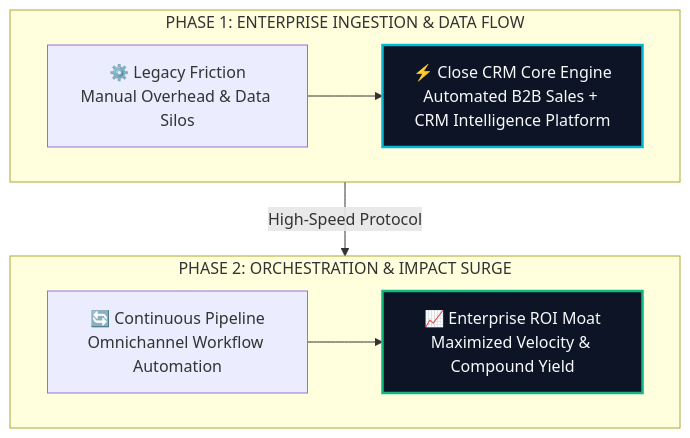
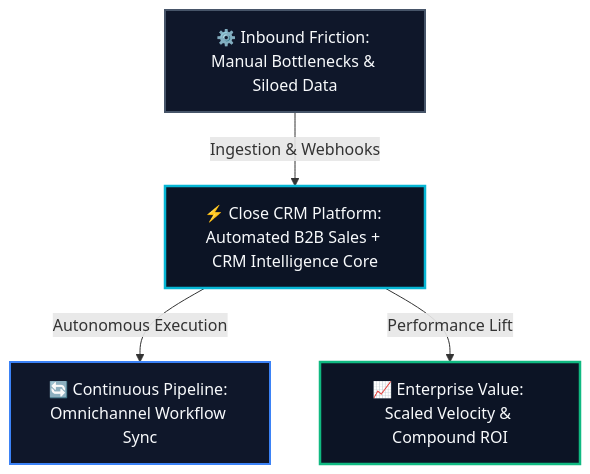
The diagram in site/src/content/blog/close-crm-evolution-guide-2026.md (heliatech-media/saas-radar), drawn with Mermaid before and after one commit. The commit also changed 93 other files, not shown here.

First line of the commit message:
fix(diagrams): resolve dagre-d3 subgraph collision by migrating to balanced 3-tier Hub & Spoke architecture

````diff
--- a/site/src/content/blog/close-crm-evolution-guide-2026.md
+++ b/site/src/content/blog/close-crm-evolution-guide-2026.md
@@ -49,14 +49,14 @@
 ```mermaid
 flowchart TD
-    subgraph S1["PHASE 1: ENTERPRISE INGESTION & DATA FLOW"]
-        direction LR
-        A["⚙️ Legacy Friction<br/>Manual Overhead & Data Silos"] --> B["⚡ Close CRM Core Engine<br/>Automated B2B Sales + CRM Intelligence Platform"]
-    end
-    subgraph S2["PHASE 2: ORCHESTRATION & IMPACT SURGE"]
-        direction LR
-        C["🔄 Continuous Pipeline<br/>Omnichannel Workflow Automation"] --> D["📈 Enterprise ROI Moat<br/>Maximized Velocity & Compound Yield"]
-    end
-    S1 -->|High-Speed Protocol| S2
-    style B fill:#0c1425,stroke:#06b6d4,stroke-width:2.5px,color:#f8fafc
-    style D fill:#0c1425,stroke:#10b981,stroke-width:2.5px,color:#f8fafc
+    Inp["⚙️ Inbound Friction: Manual Bottlenecks & Siloed Data"]
+    Eng["⚡ Close CRM Platform: Automated B2B Sales + CRM Intelligence Core"]
+    Out1["🔄 Continuous Pipeline: Omnichannel Workflow Sync"]
+    Out2["📈 Enterprise Value: Scaled Velocity & Compound ROI"]
+    Inp -->|Ingestion & Webhooks| Eng
+    Eng -->|Autonomous Execution| Out1
+    Eng -->|Performance Lift| Out2
+    style Inp fill:#0f172a,stroke:#475569,stroke-width:2px,color:#f8fafc
+    style Eng fill:#0c1425,stroke:#06b6d4,stroke-width:2.5px,color:#f8fafc
+    style Out1 fill:#0f172a,stroke:#3b82f6,stroke-width:2px,color:#f8fafc
+    style Out2 fill:#0c1425,stroke:#10b981,stroke-width:2.5px,color:#f8fafc
 ```
````
